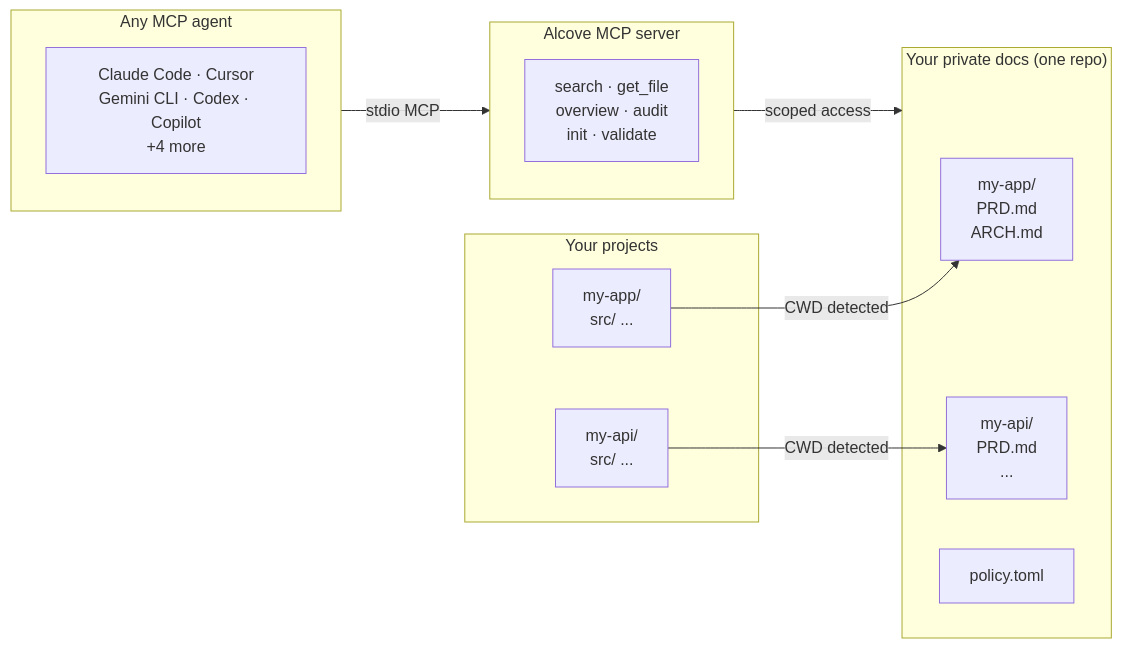
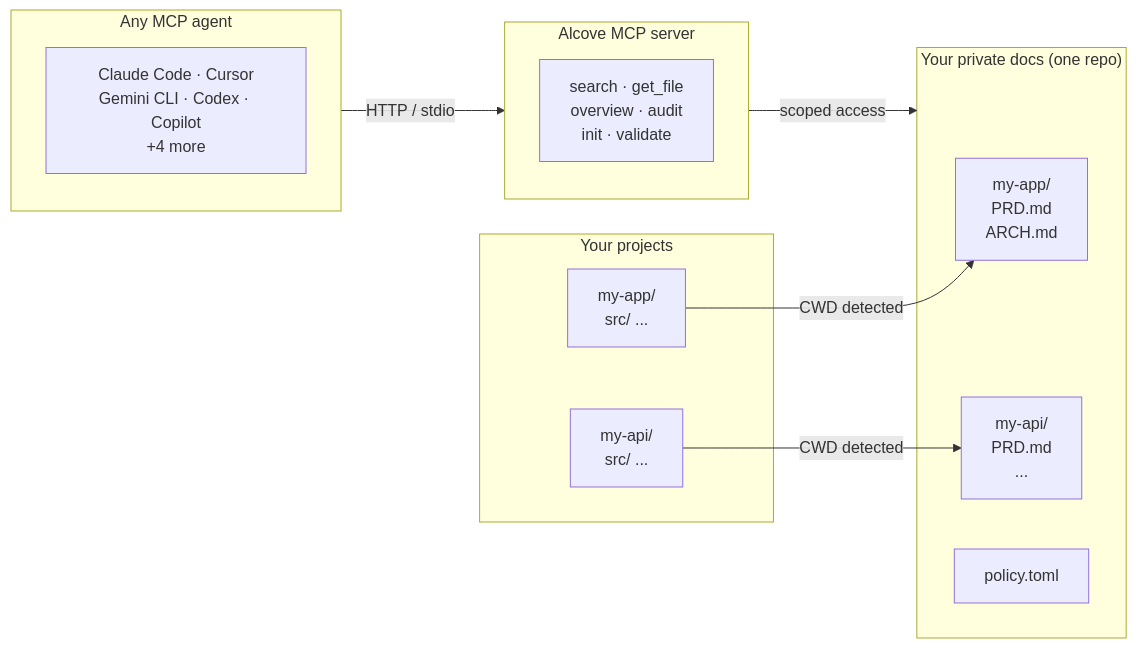
The diagram in README.md (epicsagas/alcove), drawn with Mermaid before and after one commit. The commit also changed other lines of this file and 1 other file, not shown here.

````diff
--- a/README.md
+++ b/README.md
@@ -173,26 +175,26 @@
 ```mermaid
 flowchart LR
     subgraph Projects["Your projects"]
         A1["my-app/\n  src/ ..."]
         A2["my-api/\n  src/ ..."]
     end
 
     subgraph Docs["Your private docs (one repo)"]
         D1["my-app/\n  PRD.md\n  ARCH.md"]
         D2["my-api/\n  PRD.md\n  ..."]
         P1["policy.toml"]
     end
 
     subgraph Agents["Any MCP agent"]
         AG["Claude Code · Cursor\nGemini CLI · Codex · Copilot\n+4 more"]
     end
 
     subgraph MCP["Alcove MCP server"]
         T["search · get_file\noverview · audit\ninit · validate"]
     end
 
     A1 -- "CWD detected" --> D1
     A2 -- "CWD detected" --> D2
-    Agents -- "stdio MCP" --> MCP
+    Agents -- "HTTP / stdio" --> MCP
     MCP -- "scoped access" --> Docs
 ```
````
